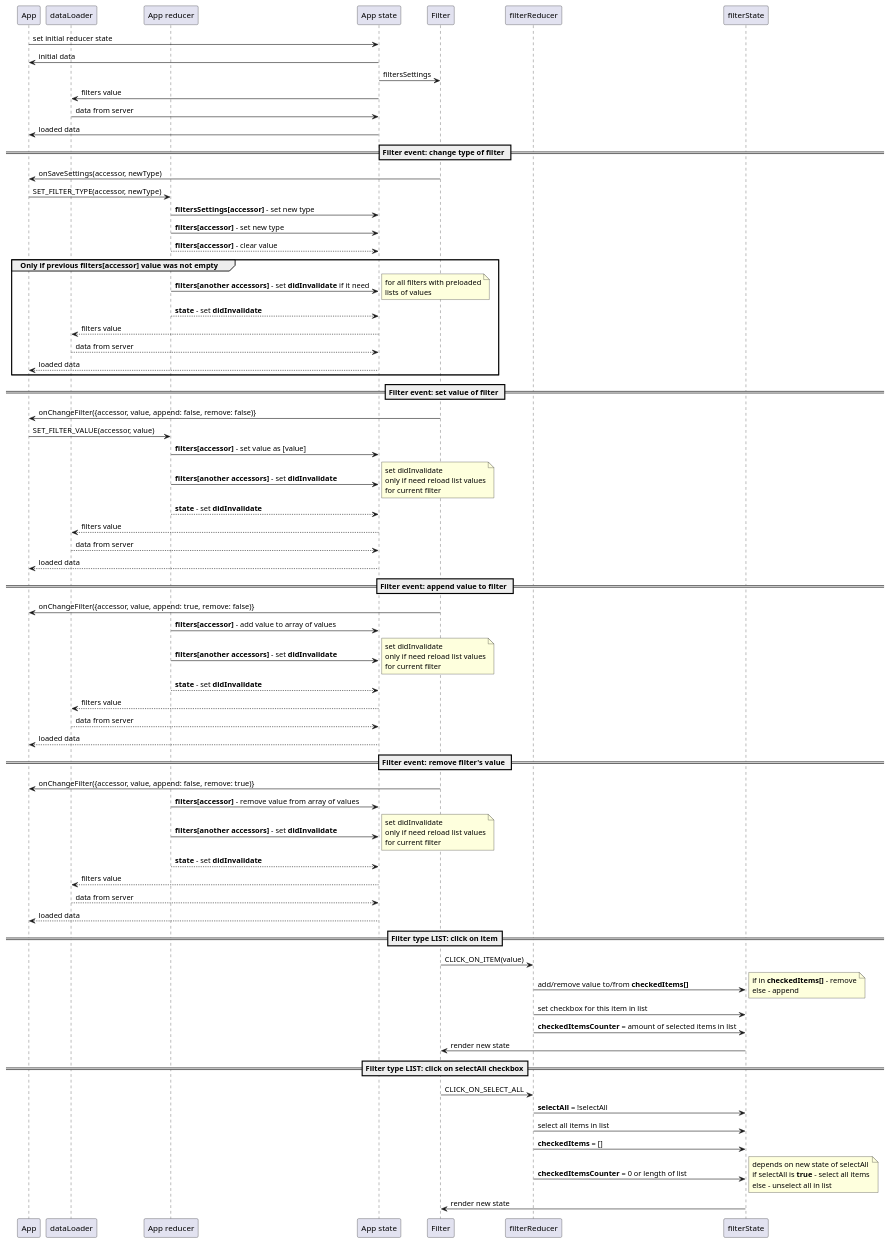
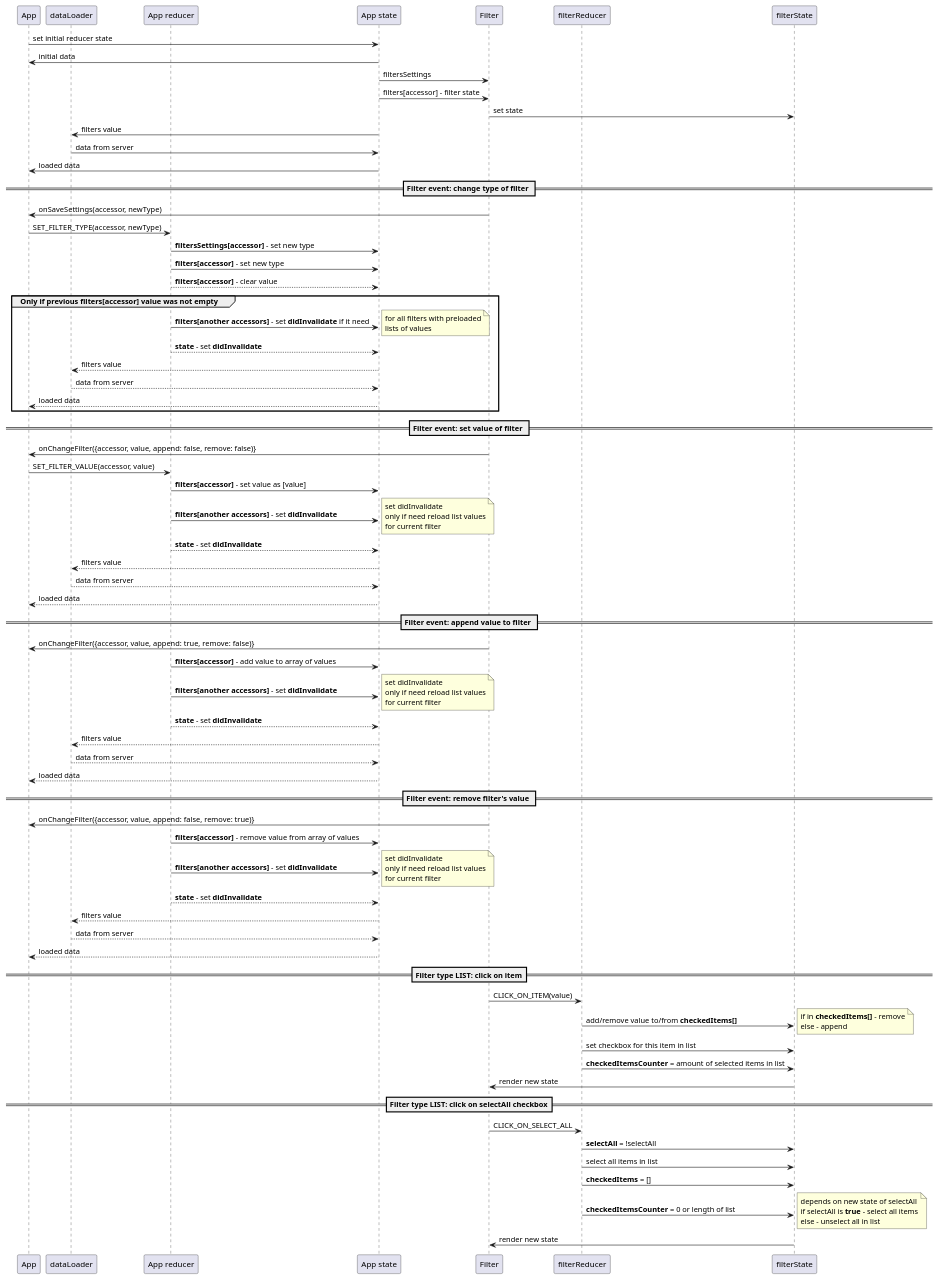
The diagram in diagrams/FiltersWorkingsAndEvents.puml (Maximus905/ReactBootstrap4Table), drawn with PlantUML before and after one commit. The commit also changed 14 other files, not shown here.

```diff
--- a/diagrams/FiltersWorkingsAndEvents.puml
+++ b/diagrams/FiltersWorkingsAndEvents.puml
@@ -1,101 +1,103 @@
 @startuml
 participant App
 participant dataLoader
 participant "App reducer" as reducer
 participant "App state" as state
 participant Filter
 participant "filterReducer" as fReducer
 participant "filterState" as fState
 
 App -> state: set initial reducer state
 state -> App: initial data
-Filter <- state: filtersSettings
+state -> Filter: filtersSettings
+state -> Filter: filters[accessor] - filter state
+Filter -> fState: set state
 dataLoader <- state: filters value
 dataLoader -> state: data from server
 state -> App: loaded data
 
 == Filter event: change type of filter ==
 Filter -> App: onSaveSettings(accessor, newType)
 App -> reducer: SET_FILTER_TYPE(accessor, newType)
 reducer ->state: **filtersSettings[accessor]** - set new type
 reducer -> state: **filters[accessor]** - set new type
 reducer --> state: **filters[accessor]** - clear value
 group Only if previous filters[accessor] value was not empty
     reducer -> state: **filters[another accessors]** - set **didInvalidate** if it need
     note right
             for all filters with preloaded
             lists of values
     end note
     reducer --> state: **state** - set **didInvalidate**
     dataLoader <-- state: filters value
     dataLoader --> state: data from server
     state --> App: loaded data
 end
 
 == Filter event: set value of filter ==
 Filter -> App: onChangeFilter({accessor, value, append: false, remove: false)}
 App -> reducer: SET_FILTER_VALUE(accessor, value)
 reducer -> state: **filters[accessor]** - set value as [value]
 reducer -> state: **filters[another accessors]** - set **didInvalidate**
     note right
         set didInvalidate
         only if need reload list values
         for current filter
     end note
 reducer --> state: **state** - set **didInvalidate**
 dataLoader <-- state: filters value
 dataLoader --> state: data from server
 state --> App: loaded data
 
 == Filter event: append value to filter ==
 Filter -> App: onChangeFilter({accessor, value, append: true, remove: false)}
 reducer -> state: **filters[accessor]** - add value to array of values
 reducer -> state: **filters[another accessors]** - set **didInvalidate**
     note right
         set didInvalidate
         only if need reload list values
         for current filter
     end note
 reducer --> state: **state** - set **didInvalidate**
 dataLoader <-- state: filters value
 dataLoader --> state: data from server
 state --> App: loaded data
 
 == Filter event: remove filter's value ==
 Filter -> App: onChangeFilter({accessor, value, append: false, remove: true)}
 reducer -> state: **filters[accessor]** - remove value from array of values
 reducer -> state: **filters[another accessors]** - set **didInvalidate**
     note right
         set didInvalidate
         only if need reload list values
         for current filter
     end note
 reducer --> state: **state** - set **didInvalidate**
 dataLoader <-- state: filters value
 dataLoader --> state: data from server
 state --> App: loaded data
 
 ==Filter type LIST: click on item==
 Filter -> fReducer: CLICK_ON_ITEM(value)
 fReducer -> fState: add/remove value to/from **checkedItems[]**
     note right
         if in **checkedItems[]** - remove
         else - append
     end note
 fReducer -> fState: set checkbox for this item in list
 fReducer -> fState: **checkedItemsCounter** = amount of selected items in list
 Filter <- fState: render new state
 
 ==Filter type LIST: click on selectAll checkbox==
 Filter -> fReducer: CLICK_ON_SELECT_ALL
 fReducer -> fState: **selectAll** = !selectAll
 fReducer -> fState: select all items in list
 fReducer -> fState: **checkedItems** = []
 fReducer -> fState: **checkedItemsCounter** = 0 or length of list
     note right
         depends on new state of selectAll
         if selectAll is **true** - select all items
         else - unselect all in list
     end note
 Filter <- fState: render new state
 @enduml
```
